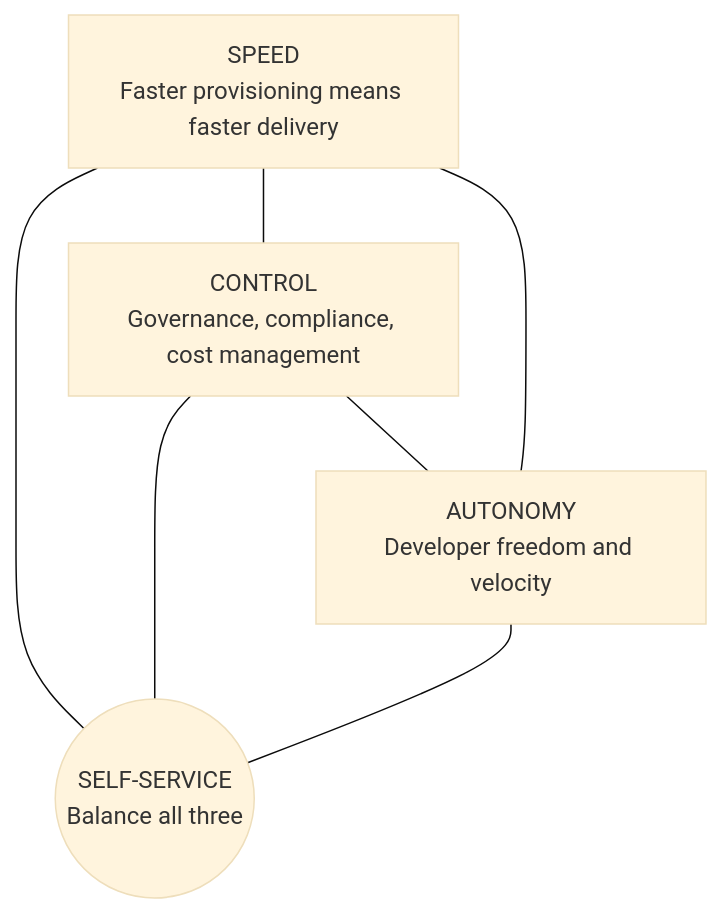
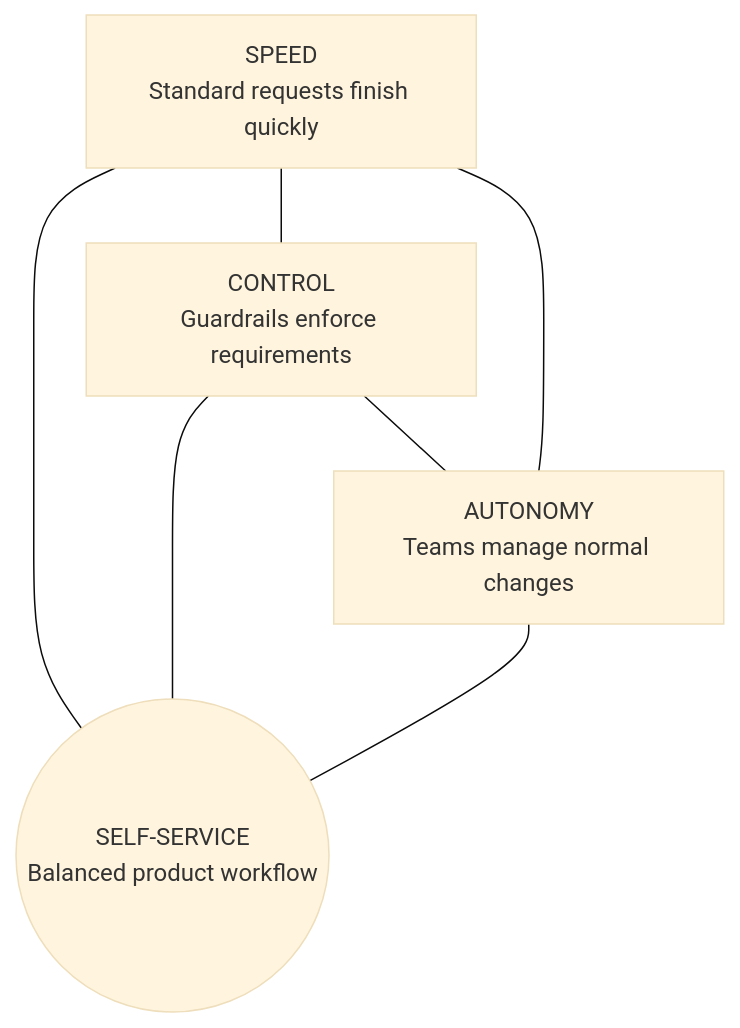
Before and after one commit to krisztiankoos/kubedojo: the third of 14 diagrams in src/content/docs/platform/disciplines/core-platform/platform-engineering/module-2.5-self-service-infrastructure.md, drawn with Mermaid (base theme). The commit also changed other lines of this file, not shown here.

First line of the commit message:
quality(rewrite): codex rewrite platform-disciplines-core-platform-platform-engineering-module-2.5-self-service-infrastructure (attempt 2096a7e69832)

````diff
--- a/src/content/docs/platform/disciplines/core-platform/platform-engineering/module-2.5-self-service-infrastructure.md
+++ b/src/content/docs/platform/disciplines/core-platform/platform-engineering/module-2.5-self-service-infrastructure.md
@@ -81,15 +100,15 @@
 ```mermaid
 flowchart TD
-    Speed["SPEED<br/>Faster provisioning means faster delivery"]
-    Control["CONTROL<br/>Governance, compliance, cost management"]
-    Autonomy["AUTONOMY<br/>Developer freedom and velocity"]
-    
+    Speed["SPEED<br/>Standard requests finish quickly"]
+    Control["CONTROL<br/>Guardrails enforce requirements"]
+    Autonomy["AUTONOMY<br/>Teams manage normal changes"]
+
     Speed --- Control
     Control --- Autonomy
     Autonomy --- Speed
-    
-    Center(("SELF-SERVICE<br/>Balance all three"))
+
+    Center(("SELF-SERVICE<br/>Balanced product workflow"))
     Speed --- Center
     Control --- Center
     Autonomy --- Center
 ```
````
